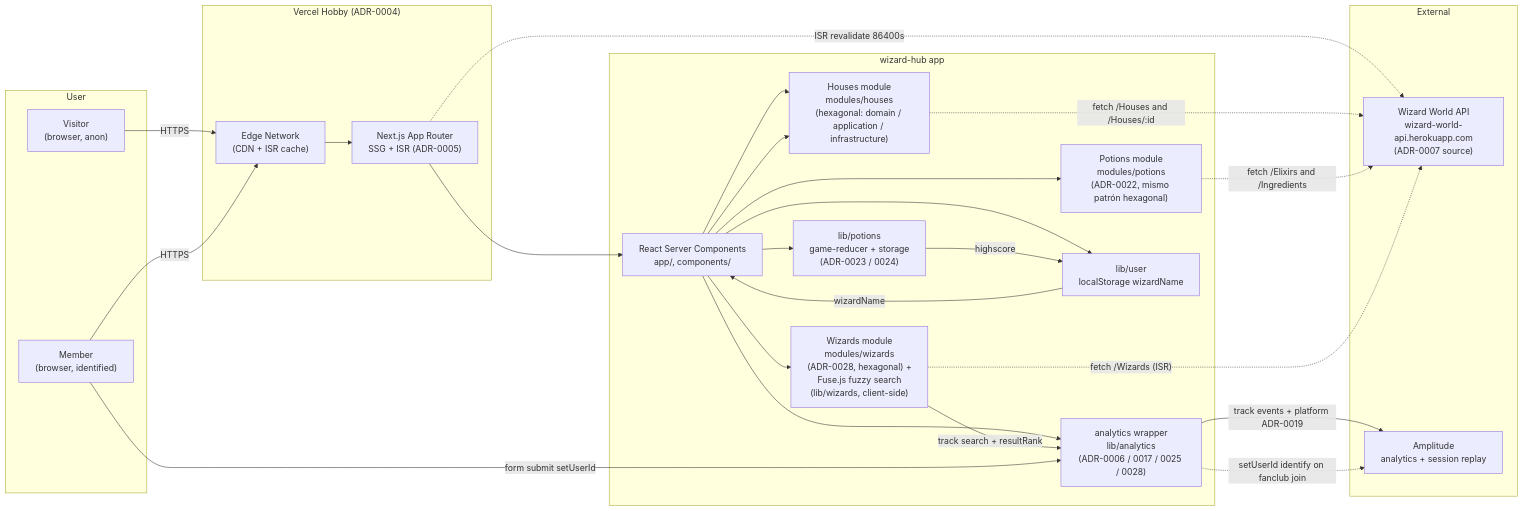
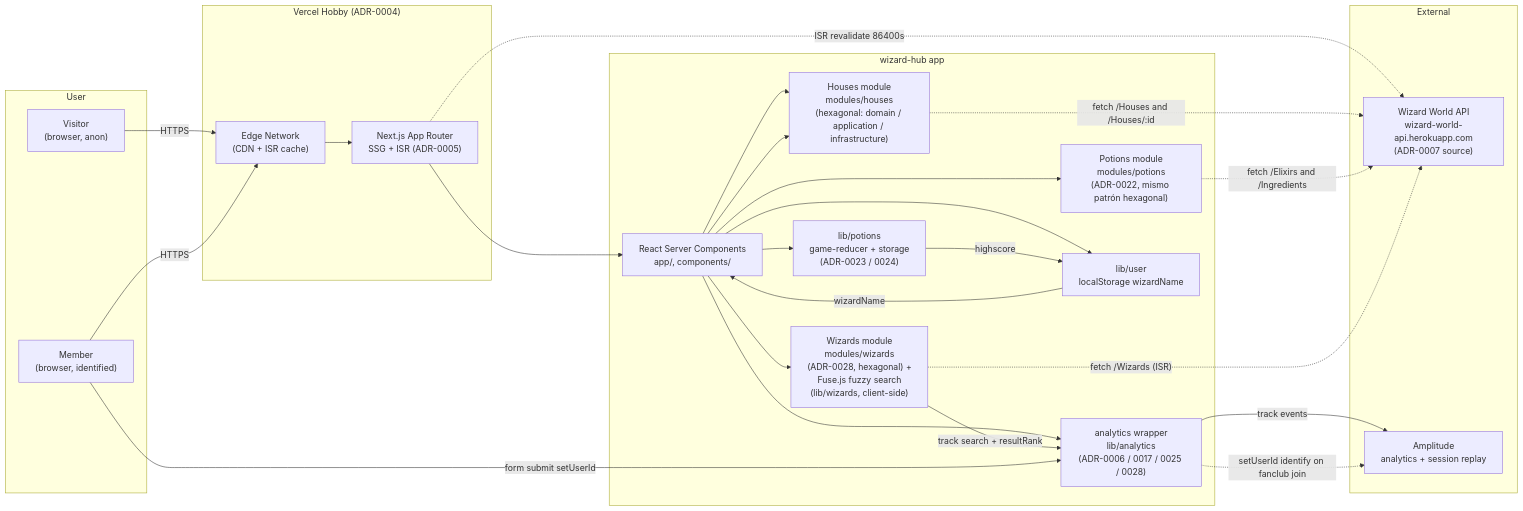
The diagram in docs/diagrams/hld.md (PKerty/wizard-hub), drawn with Mermaid before and after one commit. The commit also changed other lines of this file and 11 other files, not shown here.

First line of the commit message:
refactor(analytics): drop custom platform property — use Amplitude native device properties (ADR-0031)

````diff
--- a/docs/diagrams/hld.md
+++ b/docs/diagrams/hld.md
@@ -8,49 +8,49 @@
 ```mermaid
 flowchart LR
     subgraph User
         U["Visitor<br/>(browser, anon)"]
         K["Member<br/>(browser, identified)"]
     end
 
     subgraph Vercel["Vercel Hobby (ADR-0004)"]
         CDN["Edge Network<br/>(CDN + ISR cache)"]
         NEXT["Next.js App Router<br/>SSG + ISR (ADR-0005)"]
     end
 
     subgraph App["wizard-hub app"]
         UI["React Server Components<br/>app/, components/"]
         MOD["Houses module<br/>modules/houses<br/>(hexagonal: domain / application / infrastructure)"]
         POTION["Potions module<br/>modules/potions<br/>(ADR-0022, mismo patrón hexagonal)"]
         WIZARD["Wizards module<br/>modules/wizards<br/>(ADR-0028, hexagonal) +<br/>Fuse.js fuzzy search<br/>(lib/wizards, client-side)"]
         ANA["analytics wrapper<br/>lib/analytics<br/>(ADR-0006 / 0017 / 0025 / 0028)"]
         USER["lib/user<br/>localStorage wizardName"]
         GAME["lib/potions<br/>game-reducer + storage<br/>(ADR-0023 / 0024)"]
     end
 
     subgraph External
         API["Wizard World API<br/>wizard-world-api.herokuapp.com<br/>(ADR-0007 source)"]
         AMP["Amplitude<br/>analytics + session replay"]
     end
 
     U -->|HTTPS| CDN
     K -->|HTTPS| CDN
     CDN --> NEXT
     NEXT --> UI
     UI --> MOD
     NEXT -.->|"ISR revalidate 86400s"| API
     MOD -.->|"fetch /Houses and /Houses/:id"| API
     POTION -.->|"fetch /Elixirs and /Ingredients"| API
     WIZARD -.->|"fetch /Wizards (ISR)"| API
     UI --> MOD
     UI --> POTION
     UI --> WIZARD
     UI --> GAME
     UI --> ANA
     WIZARD -->|"track search + resultRank"| ANA
     K -->|"form submit setUserId"| ANA
-    ANA -->|"track events + platform ADR-0019"| AMP
+    ANA -->|"track events"| AMP
     ANA -.->|"setUserId identify on fanclub join"| AMP
     UI --> USER
     USER -->|wizardName| UI
     GAME -->|highscore| USER
 ```
````
